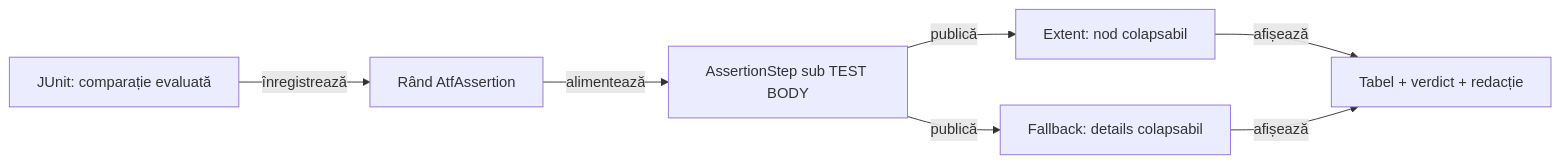
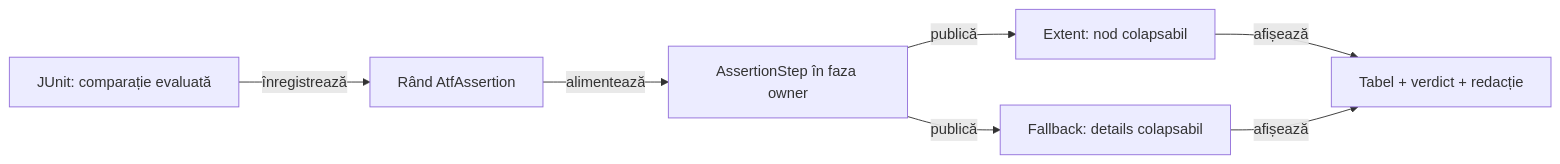
One commit to crististefanita/atf_j0 changed the third of 7 diagrams in atf-reporting/README.md. Above: the diagram before and after it, drawn with Mermaid. The commit also changed other lines of this file and 56 other files, not shown here.

````diff
--- a/atf-reporting/README.md
+++ b/atf-reporting/README.md
@@ -319,9 +319,9 @@
 ```mermaid
 flowchart LR
     J[JUnit: comparație evaluată] -->|înregistrează| R[Rând AtfAssertion]
-    R -->|alimentează| S[AssertionStep sub TEST BODY]
+    R -->|alimentează| S[AssertionStep în faza owner]
     S -->|publică| E[Extent: nod colapsabil]
     S -->|publică| H[Fallback: details colapsabil]
     E -->|afișează| V[Tabel + verdict + redacție]
     H -->|afișează| V
 ```
````
